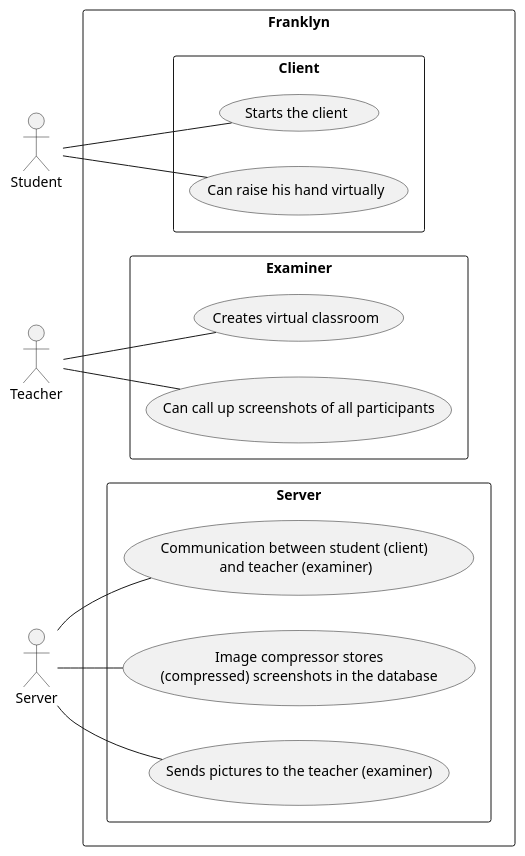
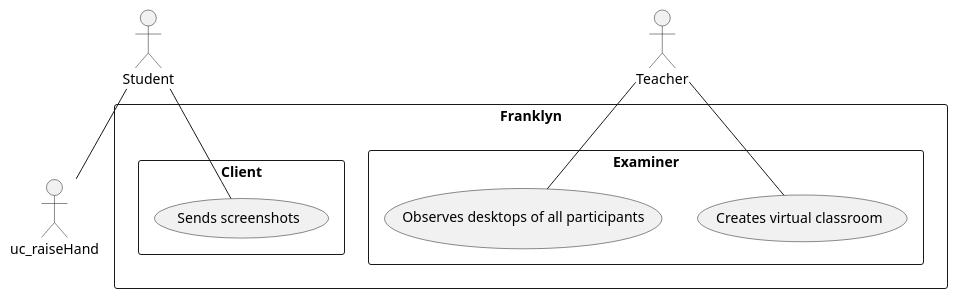
The diagram in docs/asciidocs/plantuml/ucd.puml (htl-leonding-project/franklyn-quarkus), drawn with PlantUML before and after one commit. The commit also changed 1 other file, not shown here.

```diff
--- a/docs/asciidocs/plantuml/ucd.puml
+++ b/docs/asciidocs/plantuml/ucd.puml
@@ -1,31 +1,20 @@
 @startuml
-left to right direction
 
 :Student: as student
 :Teacher: as teacher
-:Server: as server
 
 rectangle "Franklyn" {
     rectangle Client {
-        usecase "Starts the client" as uc_startClient
-        usecase "Can raise his hand virtually" as uc_raiseHand
+        usecase "Sends screenshots" as uc_sendsScreenshots
     }
     rectangle Examiner {
             usecase "Creates virtual classroom" as uc_createLobby
-            usecase "Can call up screenshots of all participants" as uc_seeScreenshots
+            usecase "Observes desktops of all participants" as uc_seeScreenshots
         }
-    rectangle Server {
-        usecase "Communication between student (client) \nand teacher (examiner)" as uc_serverInterface
-        usecase "Image compressor stores\n(compressed) screenshots in the database" as uc_imageCompressor
-        usecase "Sends pictures to the teacher (examiner)" as uc_sendScreenshots
-    }
 }
 
-student -- uc_startClient
+student -- uc_sendsScreenshots
 student -- uc_raiseHand
 teacher -- uc_createLobby
 teacher -- uc_seeScreenshots
-server -- uc_serverInterface
-server -- uc_imageCompressor
-server -- uc_sendScreenshots
 @enduml
```
